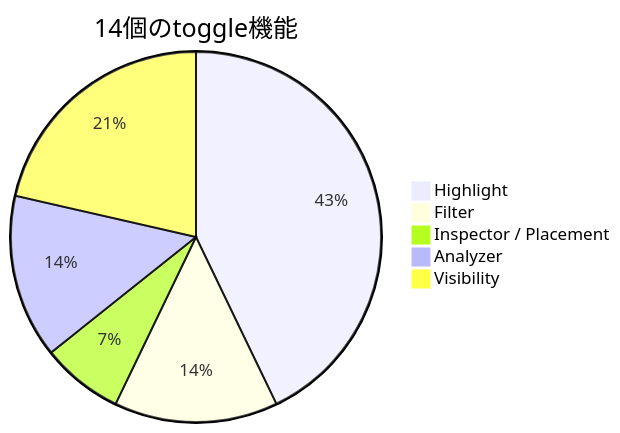
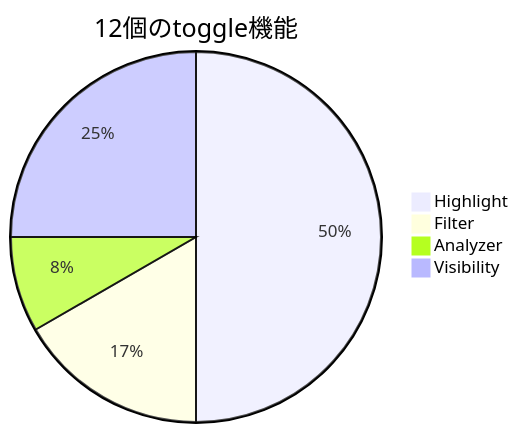
Before and after one commit to bosatsu25/ChiseTweaks: the first of 2 diagrams in README.md, drawn with Mermaid. The commit also changed other lines of this file and 54 other files, not shown here.

````diff
--- a/README.md
+++ b/README.md
@@ -30,8 +30,7 @@
 ```mermaid
-pie title 14個のtoggle機能
+pie title 12個のtoggle機能
     "Highlight" : 6
     "Filter" : 2
-    "Inspector / Placement" : 1
-    "Analyzer" : 2
+    "Analyzer" : 1
     "Visibility" : 3
 ```
````
